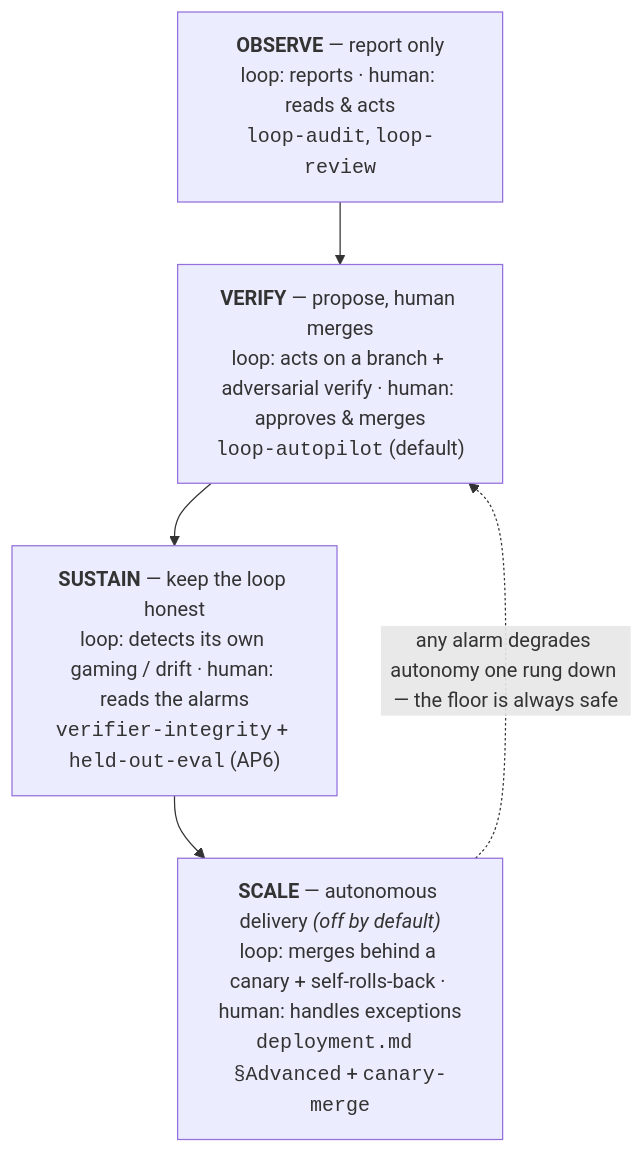
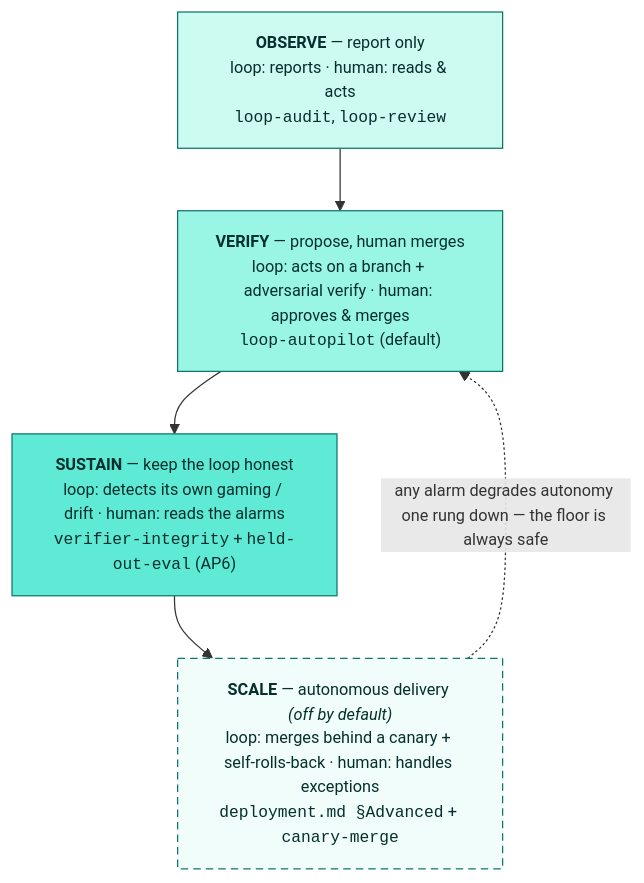
One commit to santapong/Proof changed the diagram in docs/c4/diagrams/src/autonomy-ladder.mmd. Above: the diagram before and after it, drawn with Mermaid. The commit also changed 35 other files, not shown here.

First line of the commit message:
Diagrams: apply the family palette to all 18 sources

```diff
--- a/docs/c4/diagrams/src/autonomy-ladder.mmd
+++ b/docs/c4/diagrams/src/autonomy-ladder.mmd
@@ -1,7 +1,17 @@
+%%{init: {"themeVariables": {"fontFamily": "Segoe UI, Helvetica, Arial, sans-serif", "fontSize": "13px"}}}%%
 flowchart TB
     O["<b>OBSERVE</b> — report only<br/>loop: reports · human: reads &amp; acts<br/><code>loop-audit</code>, <code>loop-review</code>"]
     V["<b>VERIFY</b> — propose, human merges<br/>loop: acts on a branch + adversarial verify · human: approves &amp; merges<br/><code>loop-autopilot</code> (default)"]
     S["<b>SUSTAIN</b> — keep the loop honest<br/>loop: detects its own gaming / drift · human: reads the alarms<br/><code>verifier-integrity</code> + <code>held-out-eval</code> (AP6)"]
     C["<b>SCALE</b> — autonomous delivery <i>(off by default)</i><br/>loop: merges behind a canary + self-rolls-back · human: handles exceptions<br/><code>deployment.md §Advanced</code> + <code>canary-merge</code>"]
     O --> V --> S --> C
     C -. "any alarm degrades autonomy one rung down — the floor is always safe" .-> V
+
+    classDef r1 fill:#CCFBF1,stroke:#0F766E,color:#042F2E
+    classDef r2 fill:#99F6E4,stroke:#0F766E,color:#042F2E
+    classDef r3 fill:#5EEAD4,stroke:#0F766E,color:#042F2E
+    classDef r4 fill:#F0FDFA,stroke:#0F766E,stroke-dasharray:6 4,color:#042F2E
+    class O r1
+    class V r2
+    class S r3
+    class C r4
```
